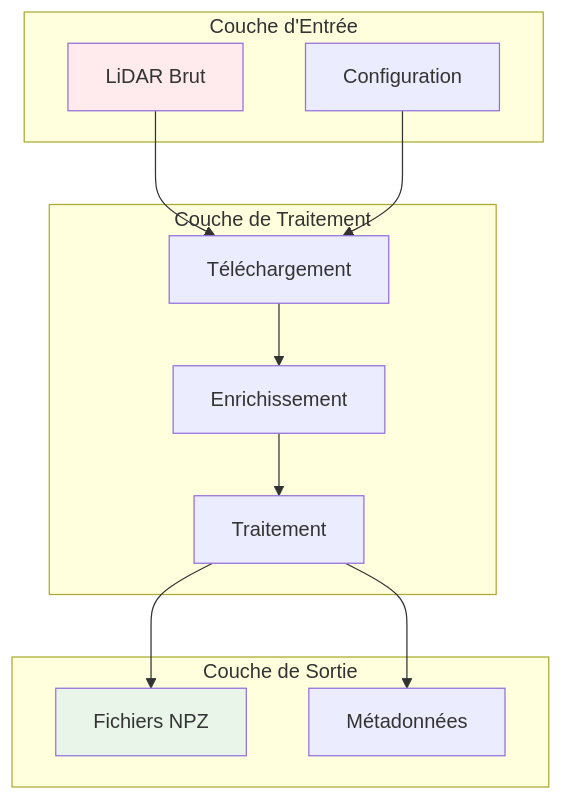
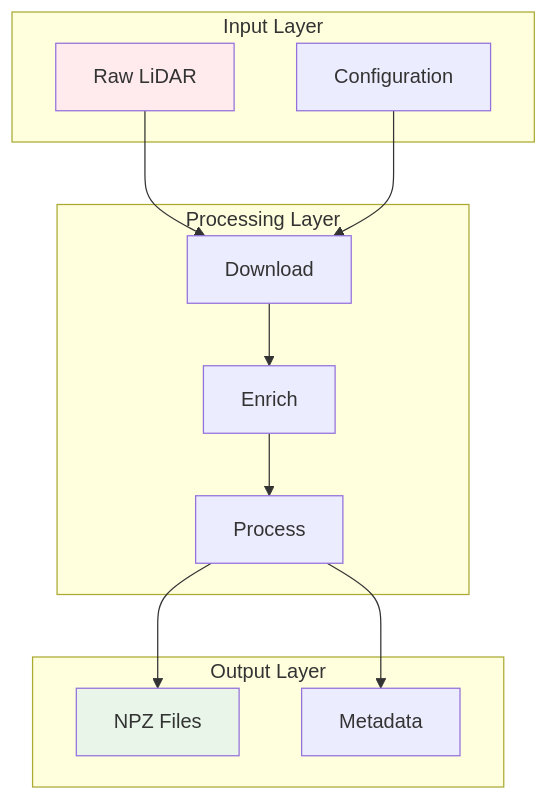
Before and after one commit to sducournau/IGN_LIDAR_HD_DATASET: the second of 12 diagrams in website/i18n/fr/docusaurus-plugin-content-docs/current/mermaid-reference.md, drawn with Mermaid. The commit also changed other lines of this file and 30 other files, not shown here.

````diff
--- a/website/i18n/fr/docusaurus-plugin-content-docs/current/mermaid-reference.md
+++ b/website/i18n/fr/docusaurus-plugin-content-docs/current/mermaid-reference.md
@@ -29,28 +37,28 @@
 ```mermaid
 graph TB
-    subgraph "Couche d'Entrée"
-        I1[LiDAR Brut]
+    subgraph "Input Layer"
+        I1[Raw LiDAR]
         I2[Configuration]
     end
 
-    subgraph "Couche de Traitement"
-        P1[Téléchargement]
-        P2[Enrichissement]
-        P3[Traitement]
+    subgraph "Processing Layer"
+        P1[Download]
+        P2[Enrich]
+        P3[Process]
     end
 
-    subgraph "Couche de Sortie"
-        O1[Fichiers NPZ]
-        O2[Métadonnées]
+    subgraph "Output Layer"
+        O1[NPZ Files]
+        O2[Metadata]
     end
 
     I1 --> P1
     I2 --> P1
     P1 --> P2
     P2 --> P3
     P3 --> O1
     P3 --> O2
 
     style I1 fill:#ffebee
     style O1 fill:#e8f5e8
 ```
````
